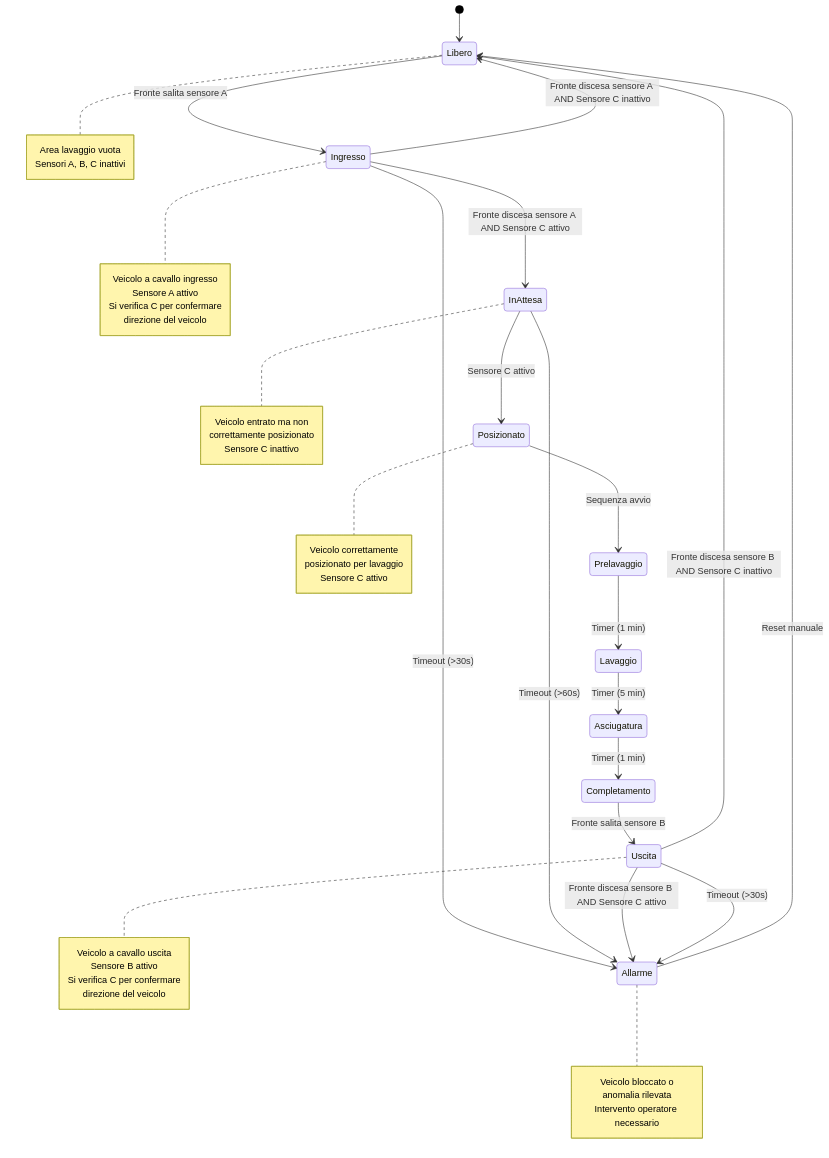
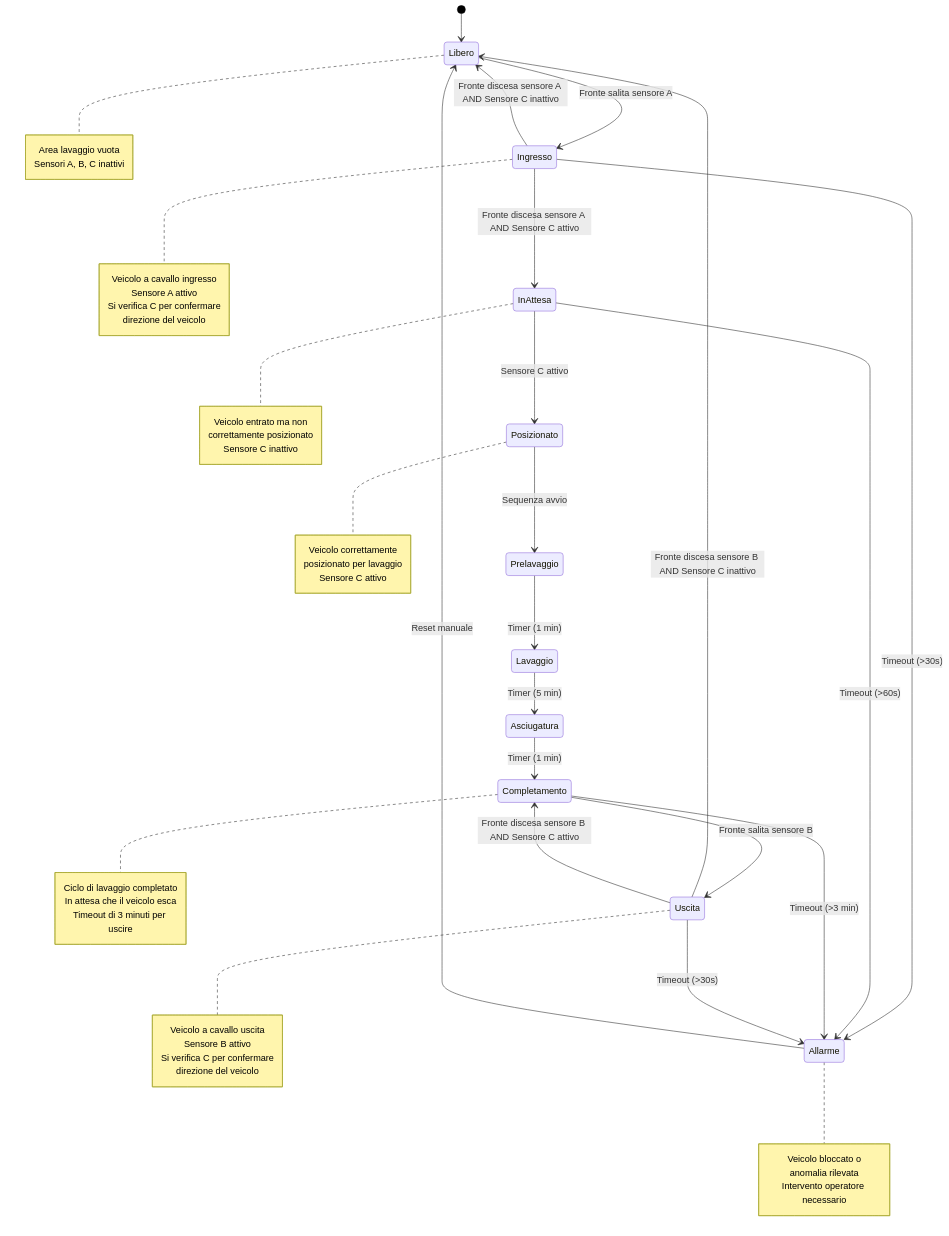
Before and after one commit to sebastianomelita/ArduinoBareMetal: the diagram in autolavaggio.md, drawn with Mermaid. The commit also changed other lines of this file, not shown here.

````diff
--- a/autolavaggio.md
+++ b/autolavaggio.md
@@ -40,63 +39,71 @@
 ```mermaid
 %%{init: {'theme': 'default', 'themeVariables': { 'primaryColor': '#ffffff', 'primaryTextColor': '#000000', 'primaryBorderColor': '#000000', 'lineColor': '#000000', 'secondaryColor': '#f4f4f4', 'tertiaryColor': '#ffffff' }}}%%
 stateDiagram-v2
     [*] --> Libero
     
     Libero --> Ingresso: Fronte salita sensore A
     Ingresso --> InAttesa: Fronte discesa sensore A AND Sensore C attivo
     Ingresso --> Libero: Fronte discesa sensore A AND Sensore C inattivo
     Ingresso --> Allarme: Timeout (>30s)
     
     InAttesa --> Posizionato: Sensore C attivo
     InAttesa --> Allarme: Timeout (>60s)
     
     Posizionato --> Prelavaggio: Sequenza avvio
     
     Prelavaggio --> Lavaggio: Timer (1 min)
     Lavaggio --> Asciugatura: Timer (5 min)
     Asciugatura --> Completamento: Timer (1 min)
     
     Completamento --> Uscita: Fronte salita sensore B
+    Completamento --> Allarme: Timeout (>3 min)
+    
     Uscita --> Libero: Fronte discesa sensore B AND Sensore C inattivo
-    Uscita --> Allarme: Fronte discesa sensore B AND Sensore C attivo
+    Uscita --> Completamento: Fronte discesa sensore B AND Sensore C attivo
     Uscita --> Allarme: Timeout (>30s)
     
     Allarme --> Libero: Reset manuale
     
     note right of Libero
         Area lavaggio vuota
         Sensori A, B, C inattivi
     end note
     
     note right of Ingresso
         Veicolo a cavallo ingresso
         Sensore A attivo
         Si verifica C per confermare
         direzione del veicolo
     end note
     
     note right of InAttesa
         Veicolo entrato ma non
         correttamente posizionato
         Sensore C inattivo
     end note
     
     note right of Posizionato
         Veicolo correttamente 
         posizionato per lavaggio
         Sensore C attivo
     end note
     
+    note right of Completamento
+        Ciclo di lavaggio completato
+        In attesa che il veicolo esca
+        Timeout di 3 minuti per uscire
+    end note
+    
     note right of Uscita
         Veicolo a cavallo uscita
         Sensore B attivo
         Si verifica C per confermare
         direzione del veicolo
     end note
     
     note right of Allarme
         Veicolo bloccato o
         anomalia rilevata
         Intervento operatore necessario
     end note
 ```
````
